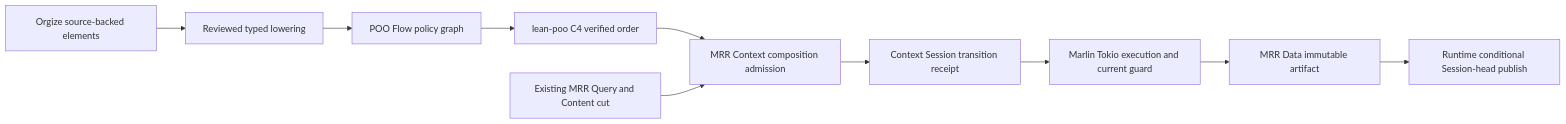
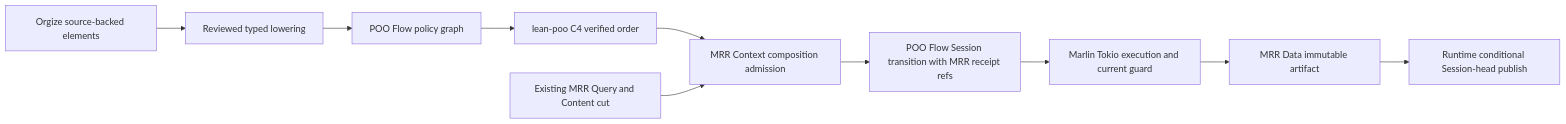
One commit to tao3k/meta-relational-reasoning changed the second of 2 diagrams in docs/architecture/0038-context-session-lifecycle.org. Above: the diagram before and after it, drawn with Mermaid. The commit also changed other lines of this file and 8 other files, not shown here.

Commit message:
docs(context): keep Session ownership in POO Flow

```diff
--- a/docs/architecture/0038-context-session-lifecycle.org
+++ b/docs/architecture/0038-context-session-lifecycle.org
@@ -314,12 +322,12 @@
 #+begin_src mermaid
 flowchart LR
   O[Orgize source-backed elements] --> L[Reviewed typed lowering]
   L --> P[POO Flow policy graph]
   P --> C[lean-poo C4 verified order]
   C --> X[MRR Context composition admission]
   Q[Existing MRR Query and Content cut] --> X
-  X --> S[Context Session transition receipt]
+  X --> S[POO Flow Session transition with MRR receipt refs]
   S --> T[Marlin Tokio execution and current guard]
   T --> D[MRR Data immutable artifact]
   D --> H[Runtime conditional Session-head publish]
 #+end_src
```
